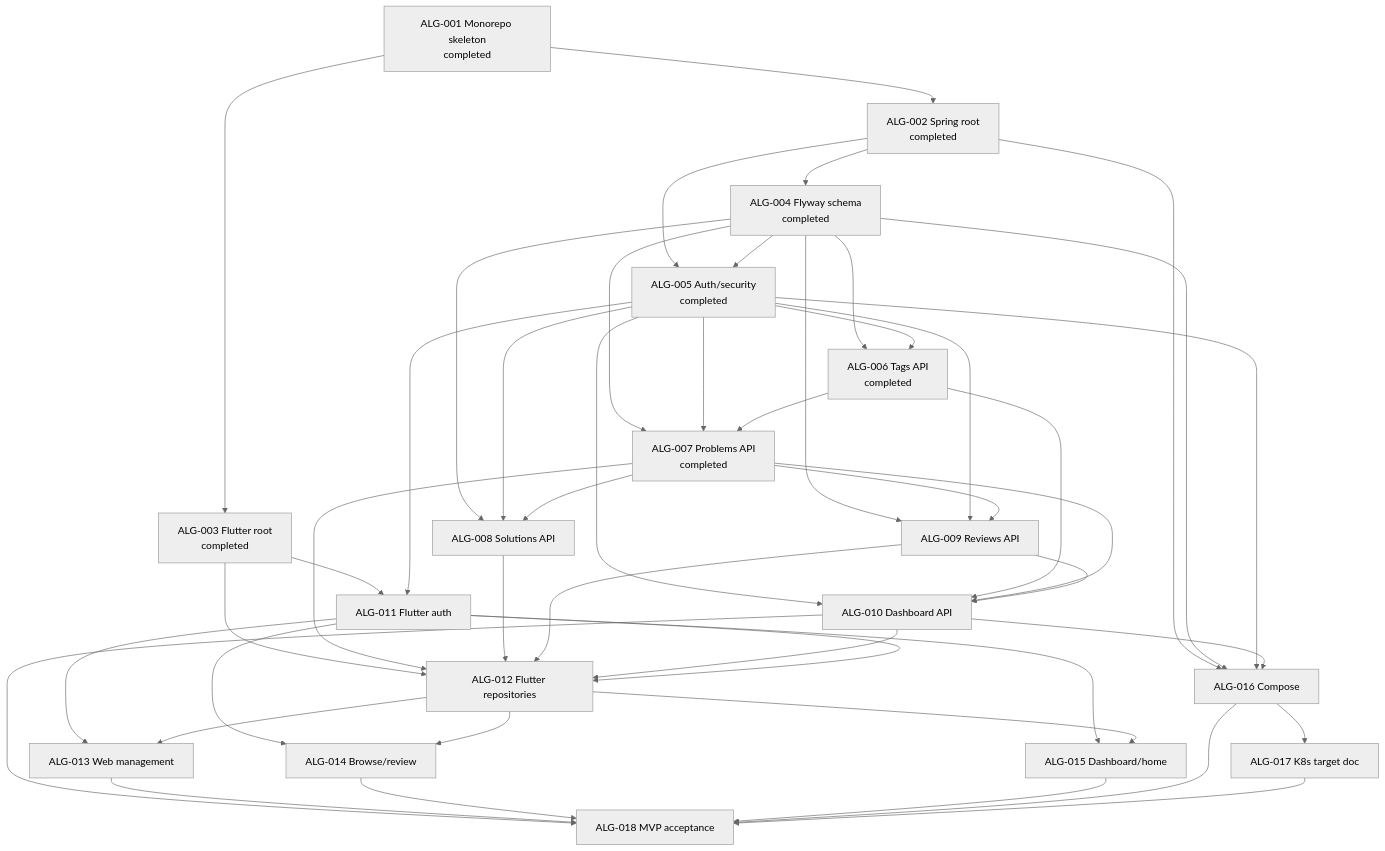
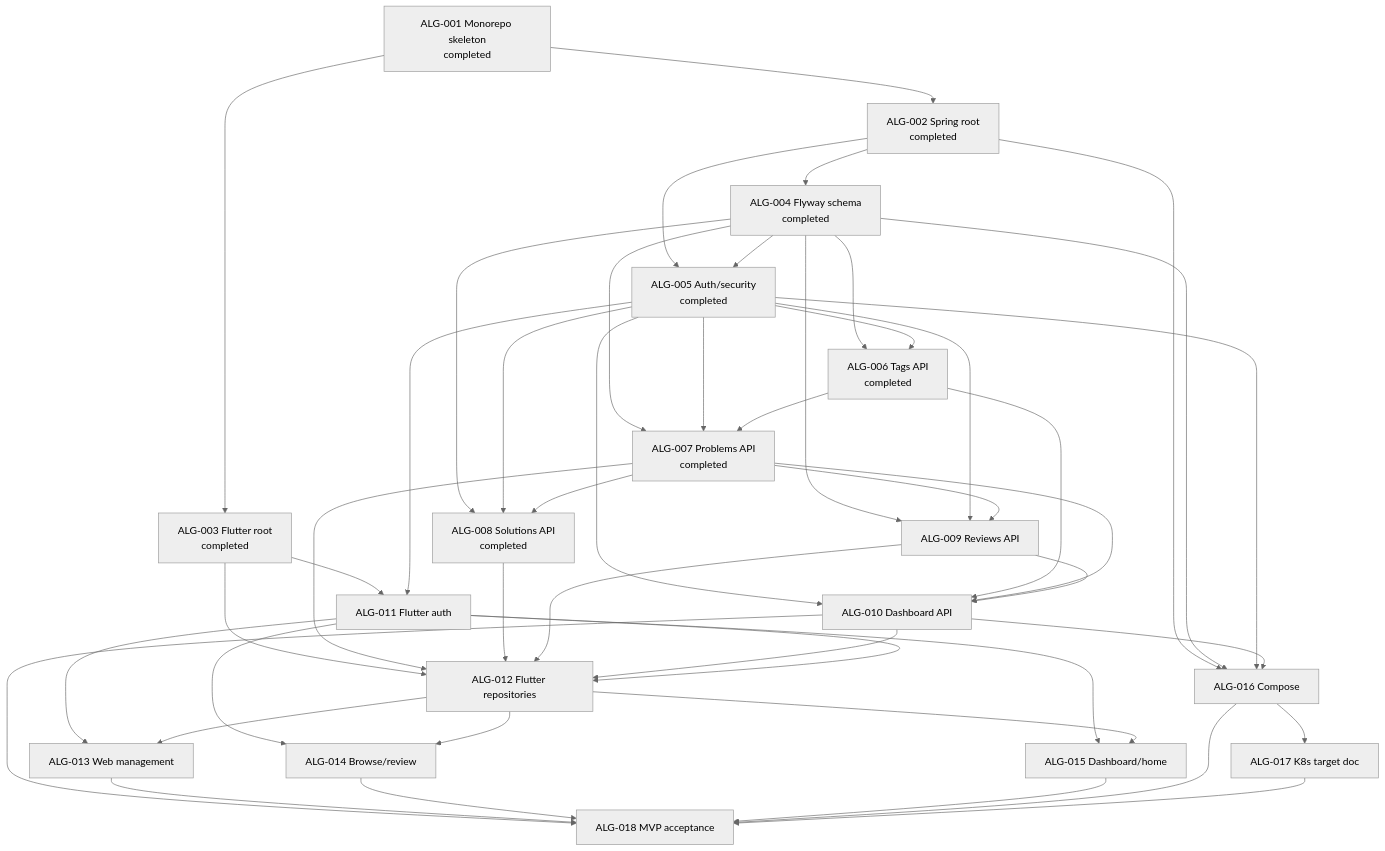
Before and after one commit to allenljf/algorithm-learning: the diagram in agent-workflow/WORK_GRAPH.md, drawn with Mermaid (neutral theme). The commit also changed 14 other files, not shown here.

````diff
--- a/agent-workflow/WORK_GRAPH.md
+++ b/agent-workflow/WORK_GRAPH.md
@@ -3,67 +3,67 @@
 ```mermaid
 flowchart TD
   T1[ALG-001 Monorepo skeleton\ncompleted]
   T2[ALG-002 Spring root\ncompleted]
   T3[ALG-003 Flutter root\ncompleted]
   T4[ALG-004 Flyway schema\ncompleted]
   T5[ALG-005 Auth/security\ncompleted]
   T6[ALG-006 Tags API\ncompleted]
   T7[ALG-007 Problems API\ncompleted]
-  T8[ALG-008 Solutions API]
+  T8[ALG-008 Solutions API\ncompleted]
   T9[ALG-009 Reviews API]
   T10[ALG-010 Dashboard API]
   T11[ALG-011 Flutter auth]
   T12[ALG-012 Flutter repositories]
   T13[ALG-013 Web management]
   T14[ALG-014 Browse/review]
   T15[ALG-015 Dashboard/home]
   T16[ALG-016 Compose]
   T17[ALG-017 K8s target doc]
   T18[ALG-018 MVP acceptance]
 
   T1 --> T2
   T1 --> T3
   T2 --> T4
   T2 --> T5
   T4 --> T5
   T4 --> T6
   T5 --> T6
   T4 --> T7
   T5 --> T7
   T6 --> T7
   T4 --> T8
   T5 --> T8
   T7 --> T8
   T4 --> T9
   T5 --> T9
   T7 --> T9
   T5 --> T10
   T6 --> T10
   T7 --> T10
   T9 --> T10
   T3 --> T11
   T5 --> T11
   T3 --> T12
   T7 --> T12
   T8 --> T12
   T9 --> T12
   T10 --> T12
   T11 --> T12
   T11 --> T13
   T12 --> T13
   T11 --> T14
   T12 --> T14
   T11 --> T15
   T12 --> T15
   T2 --> T16
   T4 --> T16
   T5 --> T16
   T10 --> T16
   T16 --> T17
   T10 --> T18
   T13 --> T18
   T14 --> T18
   T15 --> T18
   T16 --> T18
   T17 --> T18
 ```
````
